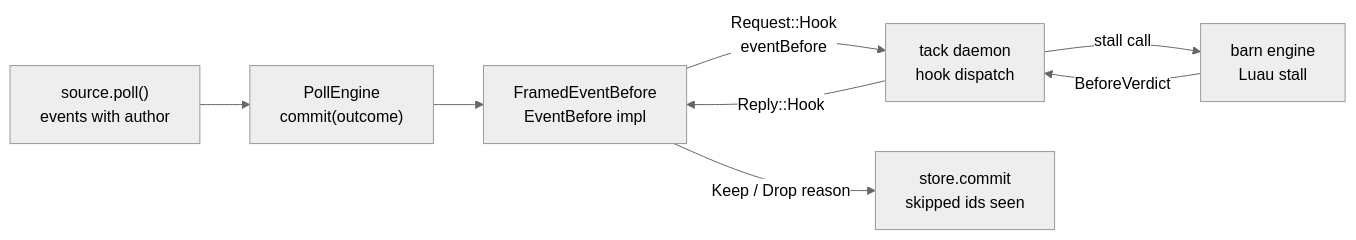
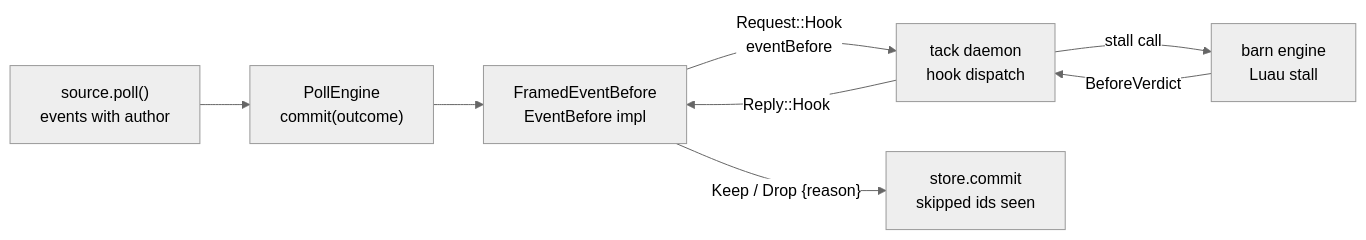
Before and after one commit to wrkhse/sourcefed: the diagram in docs/source-plugins/p3-framed-client.md, drawn with Mermaid (neutral theme). The commit also changed other lines of this file and 2 other files, not shown here.

Commit message:
docs(plan): record the tack eventBefore hook contract

````diff
--- a/docs/source-plugins/p3-framed-client.md
+++ b/docs/source-plugins/p3-framed-client.md
@@ -17,10 +19,12 @@
 ```mermaid
 flowchart LR
-    Source["source.poll()<br/>events with author"] --> Engine["PollEngine<br/>commit(outcome)"]
+    Source["source.poll()<br/>events with author"] --> Engine
+    Engine["PollEngine<br/>commit(outcome)"]
     Engine --> Client["FramedEventBefore<br/>EventBefore impl"]
-    Client -->|"Request::Hook<br/>eventBefore"| Daemon["tack daemon<br/>hook dispatch"]
+    Client -->|"Request::Hook<br/>eventBefore"| Daemon
+    Daemon["tack daemon<br/>hook dispatch"]
     Daemon -->|"stall call"| Barn["barn engine<br/>Luau stall"]
     Barn -->|"BeforeVerdict"| Daemon
     Daemon -->|"Reply::Hook"| Client
-    Client -->|"Keep / Drop reason"| Store["store.commit<br/>skipped ids seen"]
+    Client -->|"Keep / Drop {reason}"| Store["store.commit<br/>skipped ids seen"]
 ```
````
